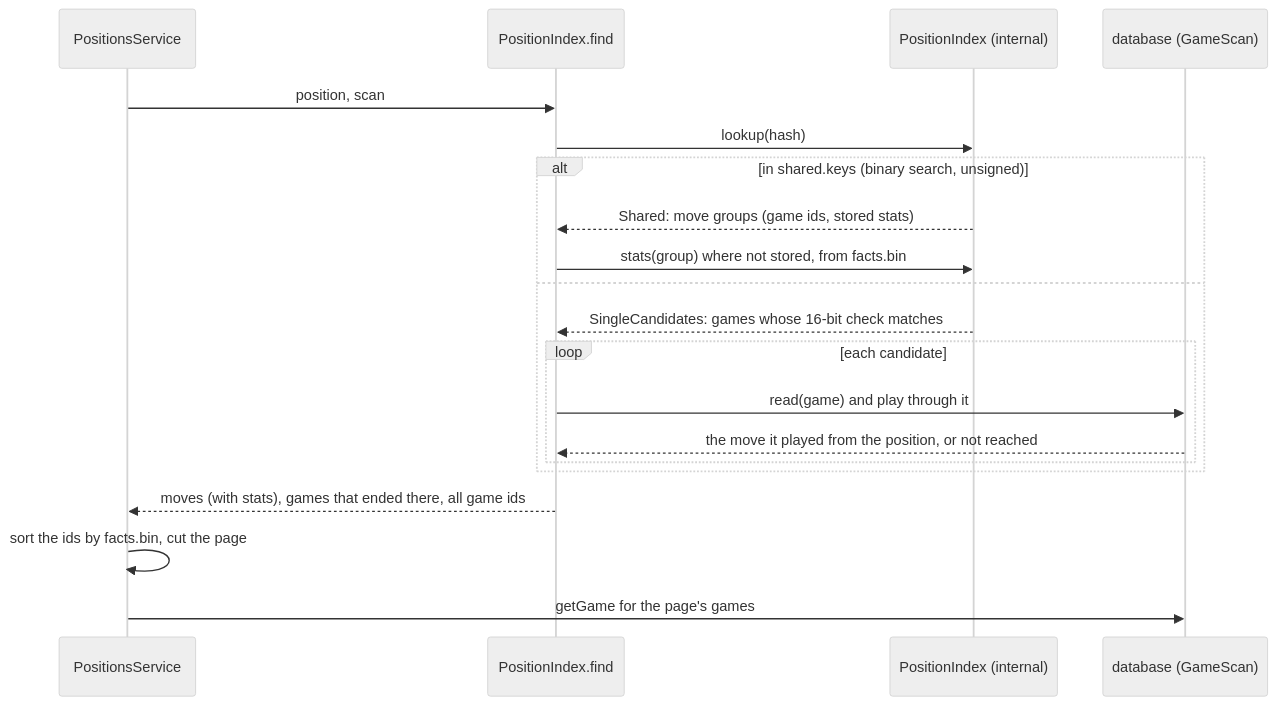
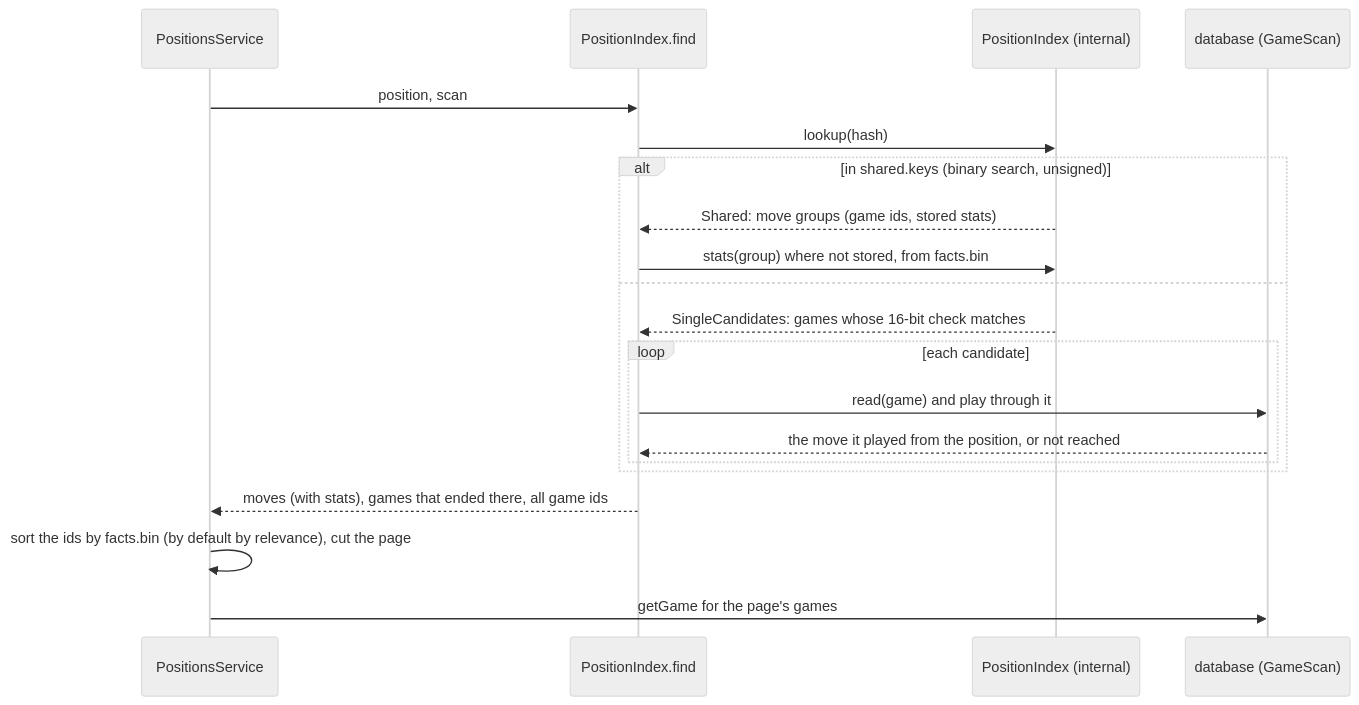
One commit to Yarin78/morphy changed the third of 5 diagrams in morphy-positions/docs/POSITION-INDEX.md. Above: the diagram before and after it, drawn with Mermaid (neutral theme). The commit also changed other lines of this file and 7 other files, not shown here.

````diff
--- a/morphy-positions/docs/POSITION-INDEX.md
+++ b/morphy-positions/docs/POSITION-INDEX.md
@@ -166,22 +166,22 @@
 ```mermaid
 sequenceDiagram
   participant S as PositionsService
   participant G as PositionIndex.find
   participant I as PositionIndex (internal)
   participant D as database (GameScan)
   S->>G: position, scan
   G->>I: lookup(hash)
   alt in shared.keys (binary search, unsigned)
     I-->>G: Shared: move groups (game ids, stored stats)
     G->>I: stats(group) where not stored, from facts.bin
   else
     I-->>G: SingleCandidates: games whose 16-bit check matches
     loop each candidate
       G->>D: read(game) and play through it
       D-->>G: the move it played from the position, or not reached
     end
   end
   G-->>S: moves (with stats), games that ended there, all game ids
-  S->>S: sort the ids by facts.bin, cut the page
+  S->>S: sort the ids by facts.bin (by default by relevance), cut the page
   S->>D: getGame for the page's games
 ```
````
